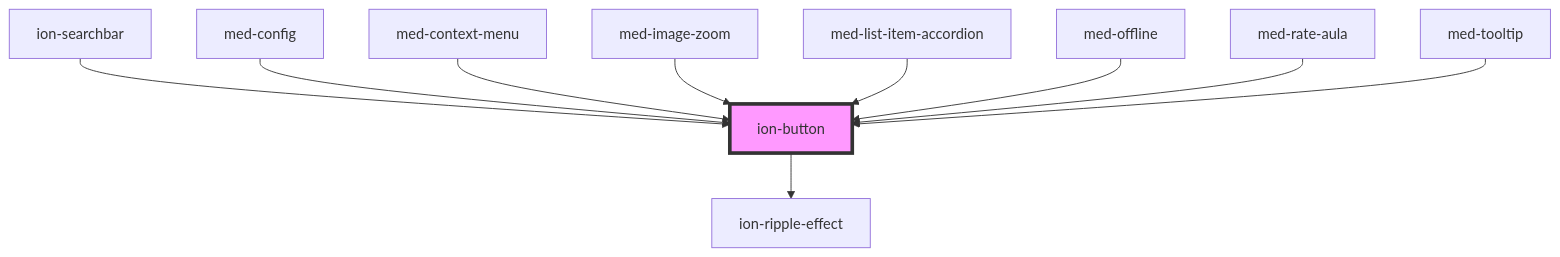
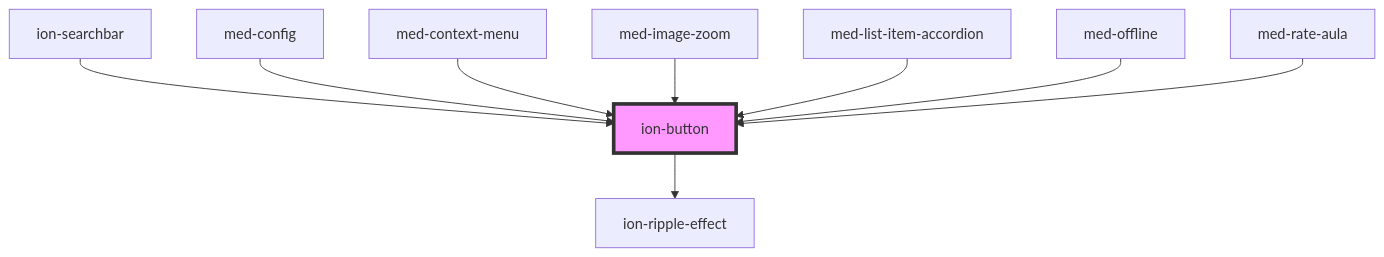
The diagram in core/src/components/button/readme.md (MEDGRUPOGIT/ionic-framework-1), drawn with Mermaid before and after one commit. The commit also changed other lines of this file and 104 other files, not shown here.

````diff
--- a/core/src/components/button/readme.md
+++ b/core/src/components/button/readme.md
@@ -387,13 +386,12 @@
 ```mermaid
 graph TD;
   ion-button --> ion-ripple-effect
   ion-searchbar --> ion-button
   med-config --> ion-button
   med-context-menu --> ion-button
   med-image-zoom --> ion-button
   med-list-item-accordion --> ion-button
   med-offline --> ion-button
   med-rate-aula --> ion-button
-  med-tooltip --> ion-button
   style ion-button fill:#f9f,stroke:#333,stroke-width:4px
 ```
````
